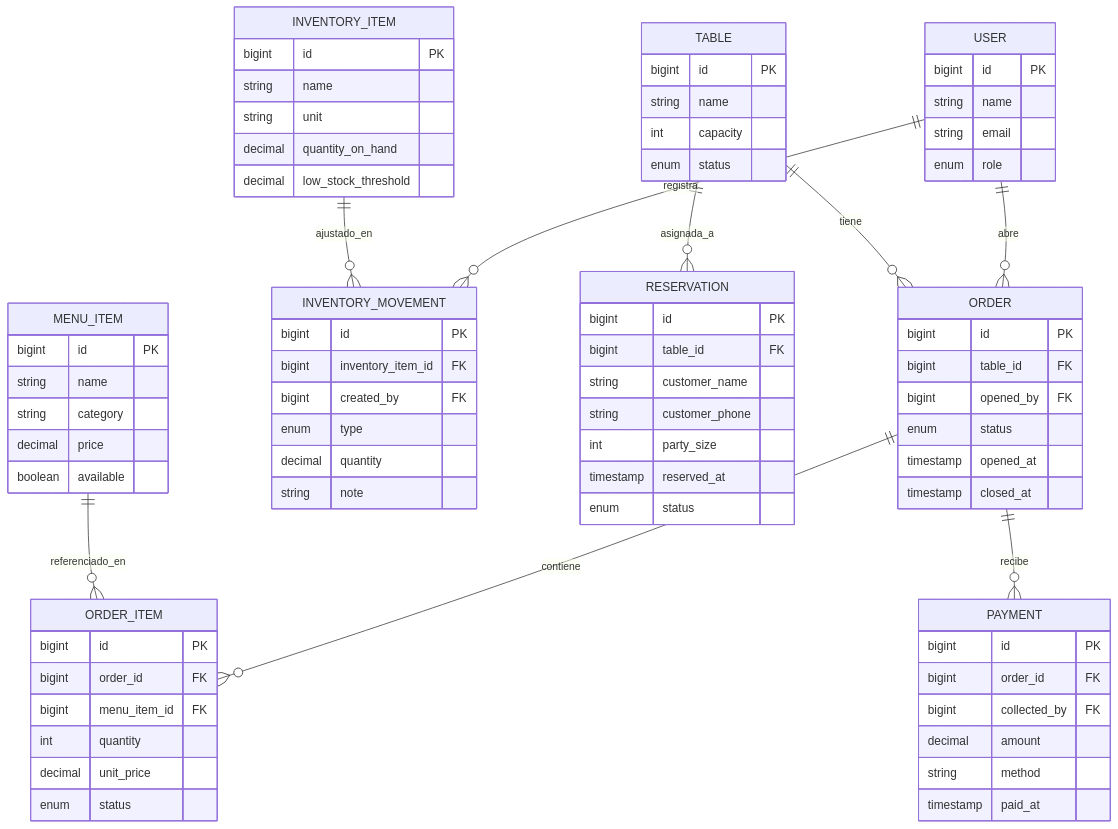
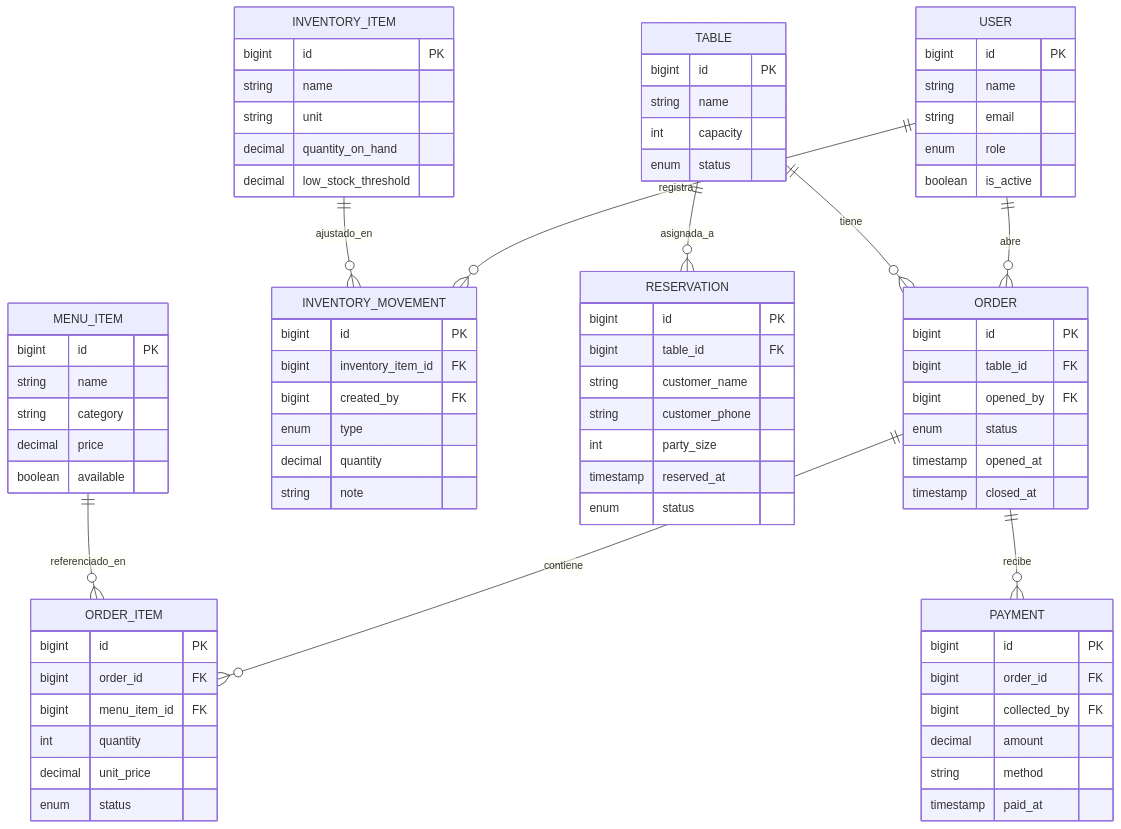
The diagram in _ai/docs/data-model.md (edgarrm/restaurante-os), drawn with Mermaid before and after one commit. The commit also changed other lines of this file and 18 other files, not shown here.

````diff
--- a/_ai/docs/data-model.md
+++ b/_ai/docs/data-model.md
@@ -163,79 +164,80 @@
 ```mermaid
 erDiagram
     USER ||--o{ ORDER : abre
     USER ||--o{ INVENTORY_MOVEMENT : registra
     TABLE ||--o{ ORDER : tiene
     TABLE ||--o{ RESERVATION : asignada_a
     ORDER ||--o{ ORDER_ITEM : contiene
     ORDER ||--o{ PAYMENT : recibe
     MENU_ITEM ||--o{ ORDER_ITEM : referenciado_en
     INVENTORY_ITEM ||--o{ INVENTORY_MOVEMENT : ajustado_en
 
     USER {
         bigint id PK
         string name
         string email
         enum role
+        boolean is_active
     }
     TABLE {
         bigint id PK
         string name
         int capacity
         enum status
     }
     MENU_ITEM {
         bigint id PK
         string name
         string category
         decimal price
         boolean available
     }
     ORDER {
         bigint id PK
         bigint table_id FK
         bigint opened_by FK
         enum status
         timestamp opened_at
         timestamp closed_at
     }
     ORDER_ITEM {
         bigint id PK
         bigint order_id FK
         bigint menu_item_id FK
         int quantity
         decimal unit_price
         enum status
     }
     PAYMENT {
         bigint id PK
         bigint order_id FK
         bigint collected_by FK
         decimal amount
         string method
         timestamp paid_at
     }
     RESERVATION {
         bigint id PK
         bigint table_id FK
         string customer_name
         string customer_phone
         int party_size
         timestamp reserved_at
         enum status
     }
     INVENTORY_ITEM {
         bigint id PK
         string name
         string unit
         decimal quantity_on_hand
         decimal low_stock_threshold
     }
     INVENTORY_MOVEMENT {
         bigint id PK
         bigint inventory_item_id FK
         bigint created_by FK
         enum type
         decimal quantity
         string note
     }
 ```
````
